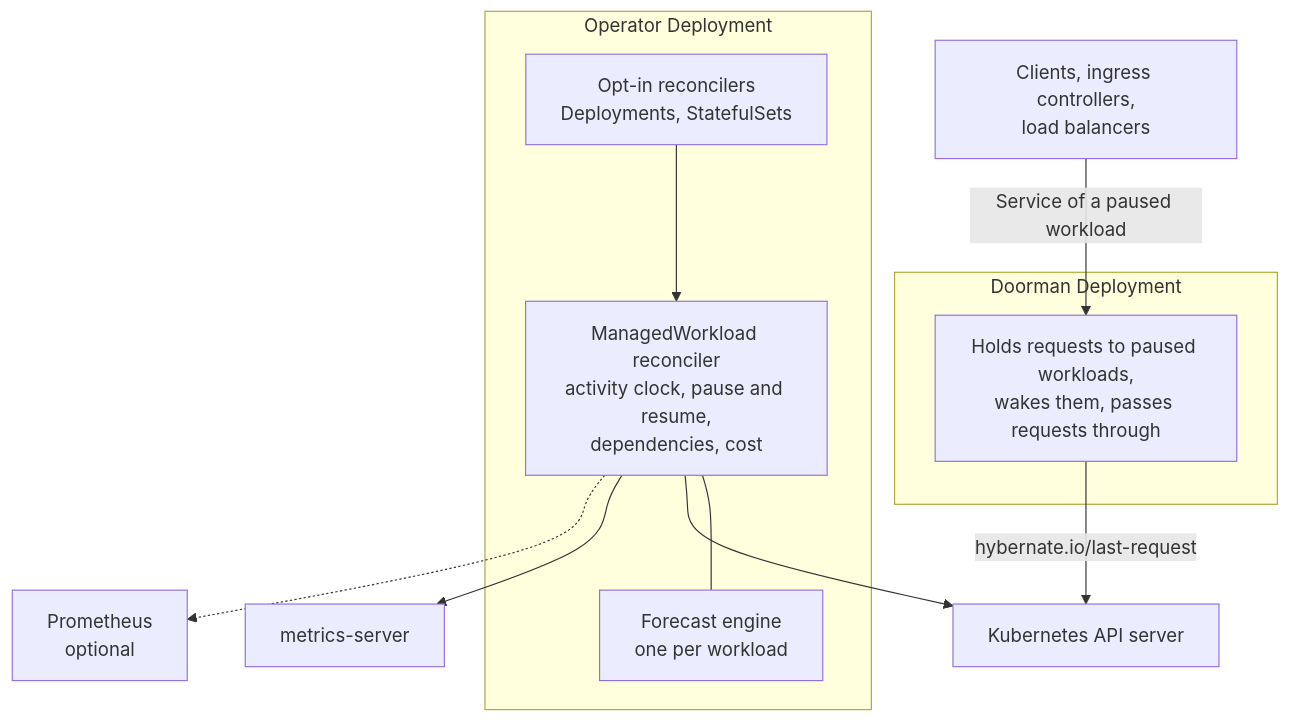
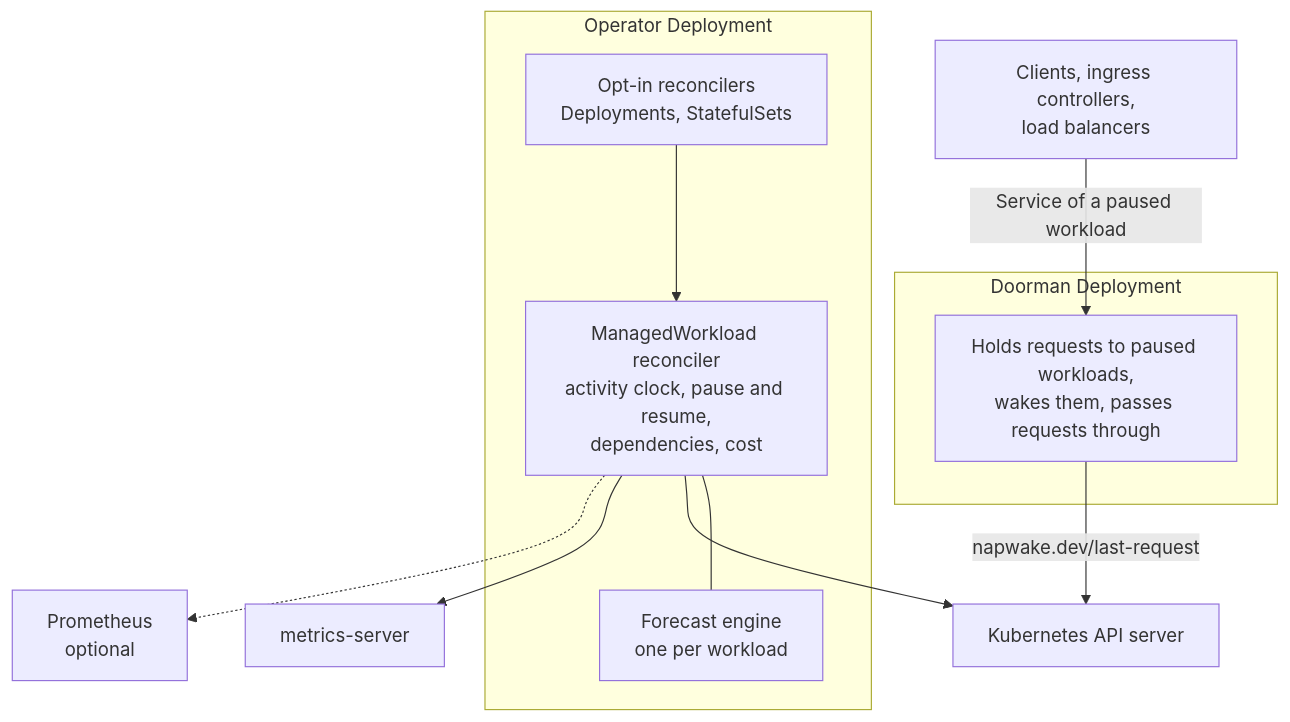
The diagram in docs/concepts/architecture.md (napwake/napwake), drawn with Mermaid before and after one commit. The commit also changed other lines of this file and 345 other files, not shown here.

First line of the commit message:
refactor!: rename Hybernate to Napwake

````diff
--- a/docs/concepts/architecture.md
+++ b/docs/concepts/architecture.md
@@ -7,18 +7,18 @@
 ```mermaid
 flowchart TB
     subgraph operator["Operator Deployment"]
         optin["Opt-in reconcilers<br/>Deployments, StatefulSets"]
         mwr["ManagedWorkload reconciler<br/>activity clock, pause and resume,<br/>dependencies, cost"]
         forecast["Forecast engine<br/>one per workload"]
         optin --> mwr
         mwr --- forecast
     end
     subgraph doorman["Doorman Deployment"]
         door["Holds requests to paused workloads,<br/>wakes them, passes requests through"]
     end
     clients["Clients, ingress controllers,<br/>load balancers"] -- "Service of a paused workload" --> door
-    door -- "hybernate.io/last-request" --> api
+    door -- "napwake.dev/last-request" --> api
     mwr --> api["Kubernetes API server"]
     mwr --> ms["metrics-server"]
     mwr -.-> prom["Prometheus<br/>optional"]
 ```
````
